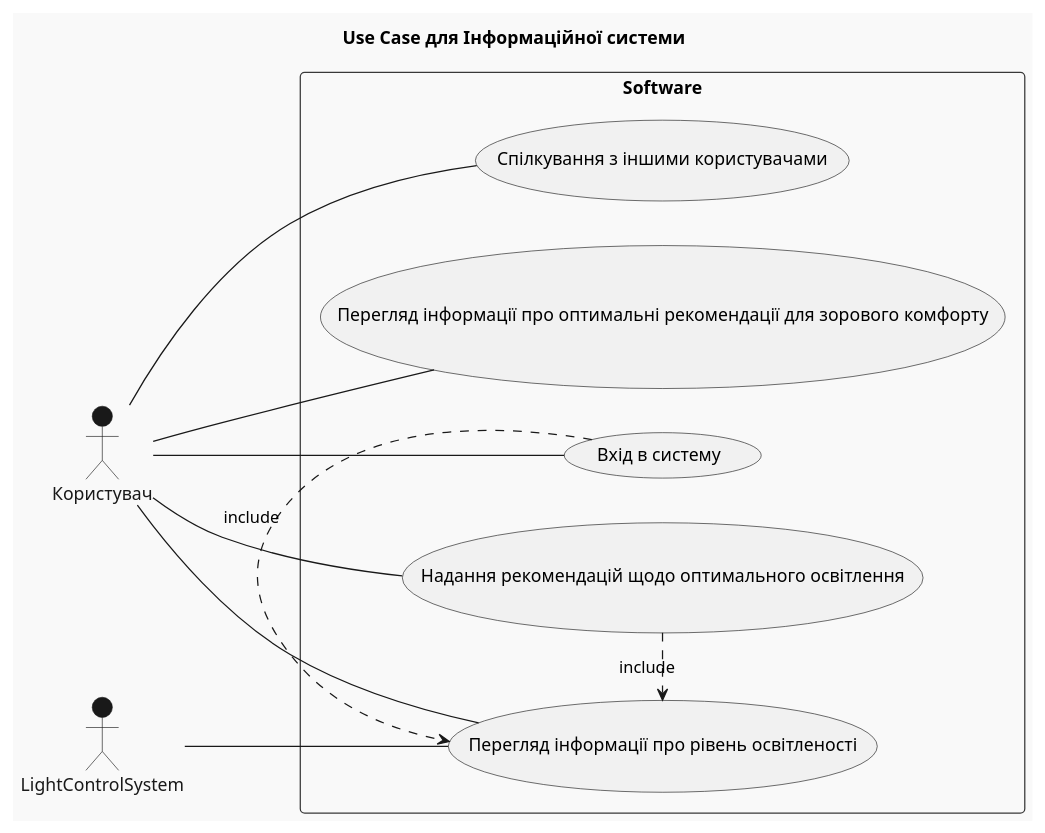
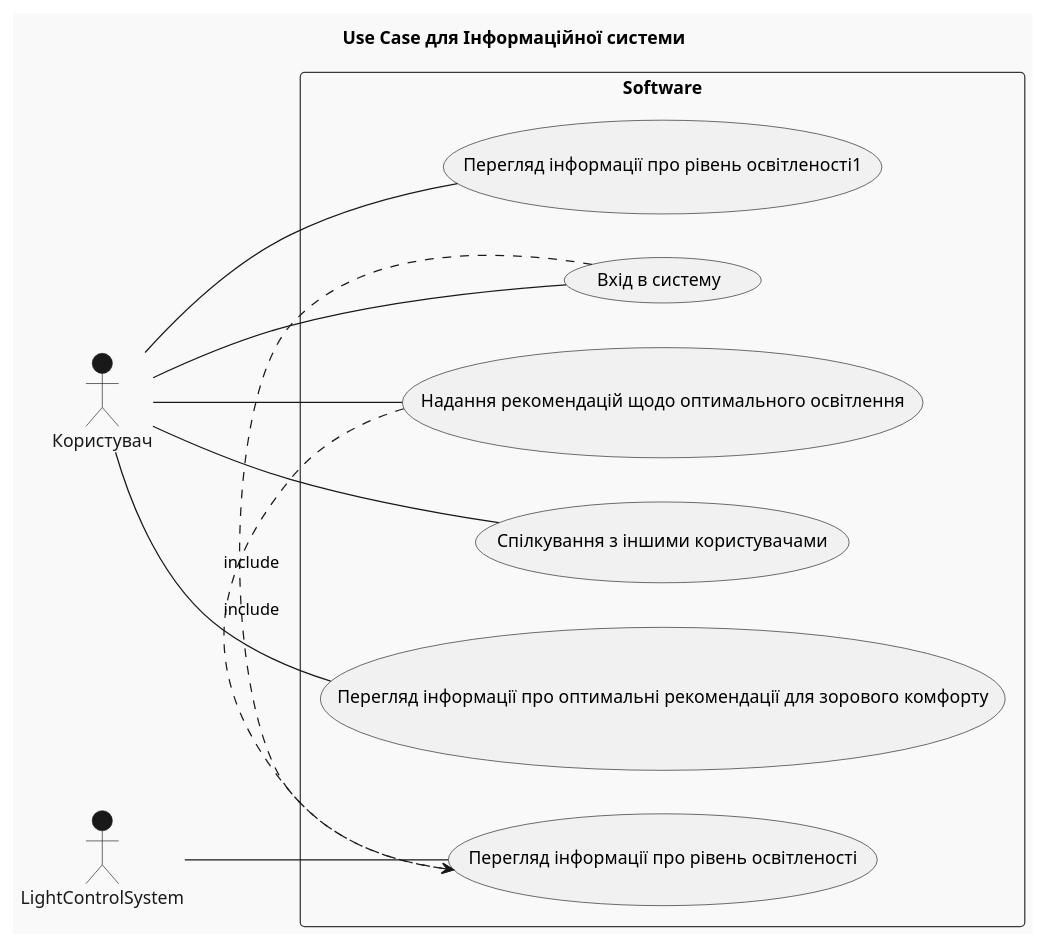
Before and after one commit to oleksandrblazhko/ai-213-fokin: the diagram in 2-SoftwareDesign/2.7-PlantUML/UseCase.puml, drawn with PlantUML.

```diff
--- a/2-SoftwareDesign/2.7-PlantUML/UseCase.puml
+++ b/2-SoftwareDesign/2.7-PlantUML/UseCase.puml
@@ -1,28 +1,28 @@
 @startuml
 !theme mars
 
 title Use Case для Інформаційної системи
 
 left to right direction
 
 actor Користувач
 actor :LightControlSystem:
 
 rectangle Software {
 
     usecase (Вхід в систему)
     usecase (Перегляд інформації про рівень освітленості)
     usecase (Надання рекомендацій щодо оптимального освітлення)
     usecase (Спілкування з іншими користувачами)
     usecase (Перегляд інформації про оптимальні рекомендації для зорового комфорту)
 
    :LightControlSystem: -- (Перегляд інформації про рівень освітленості)
    (Вхід в систему) .> (Перегляд інформації про рівень освітленості) : include
    (Надання рекомендацій щодо оптимального освітлення) .> (Перегляд інформації про рівень освітленості) : include
    Користувач -- (Вхід в систему)
-   Користувач -- (Перегляд інформації про рівень освітленості)
+   Користувач -- (Перегляд інформації про рівень освітленості1)
    Користувач -- (Спілкування з іншими користувачами)
    Користувач -- (Надання рекомендацій щодо оптимального освітлення)
    Користувач -- (Перегляд інформації про оптимальні рекомендації для зорового комфорту)
 }
 @enduml
```
